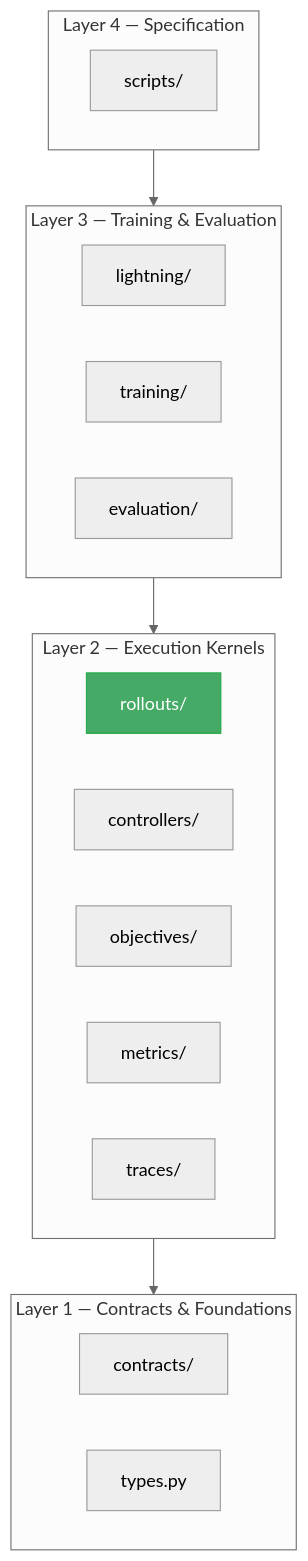
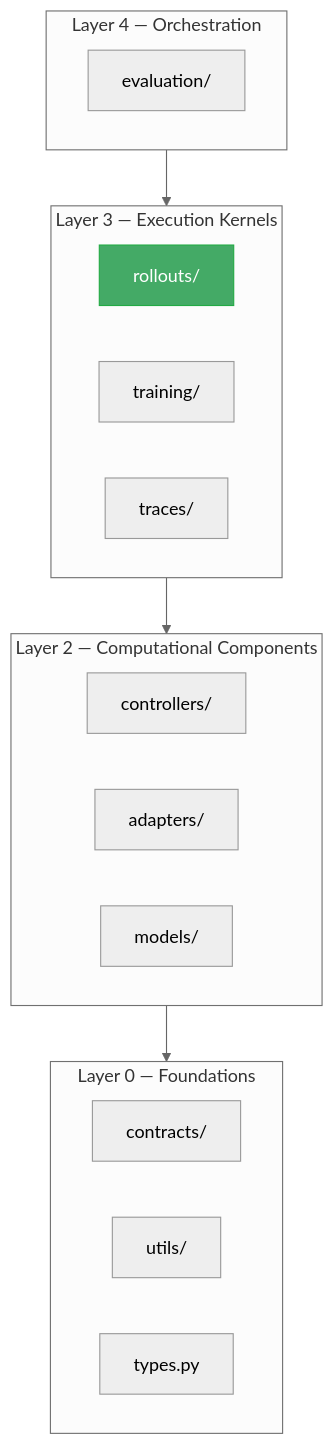
One commit to BorjaEst/ehc-sn changed the diagram in docs/docs/design/rollouts.md. Above: the diagram before and after it, drawn with Mermaid (neutral theme). The commit also changed other lines of this file and 358 other files, not shown here.

````diff
--- a/docs/docs/design/rollouts.md
+++ b/docs/docs/design/rollouts.md
@@ -102,31 +151,30 @@
 ```mermaid
 flowchart TB
-    subgraph L1["Layer 1 — Contracts & Foundations"]
+    subgraph L0["Layer 0 — Foundations"]
         C["contracts/"]
+        U["utils/"]
         T["types.py"]
     end
 
-    subgraph L2["Layer 2 — Execution Kernels"]
+    subgraph L2["Layer 2 — Computational Components"]
+        CO["controllers/"]
+        AD["adapters/"]
+        MO["models/"]
+    end
+
+    subgraph L3["Layer 3 — Execution Kernels"]
         RO["rollouts/"]
-        CO["controllers/"]
-        O["objectives/"]
-        M["metrics/"]
+        TRN["training/"]
         TR["traces/"]
     end
 
-    subgraph L3["Layer 3 — Training & Evaluation"]
-        L["lightning/"]
-        TRN["training/"]
+    subgraph L4["Layer 4 — Orchestration"]
         EV["evaluation/"]
     end
 
-    subgraph L4["Layer 4 — Specification"]
-        SC["scripts/"]
-    end
-
-    L2 --> L1
     L3 --> L2
+    L2 --> L0
     L4 --> L3
 
     style RO fill:#4a6,stroke:#2a4,color:#fff
 ```
````
